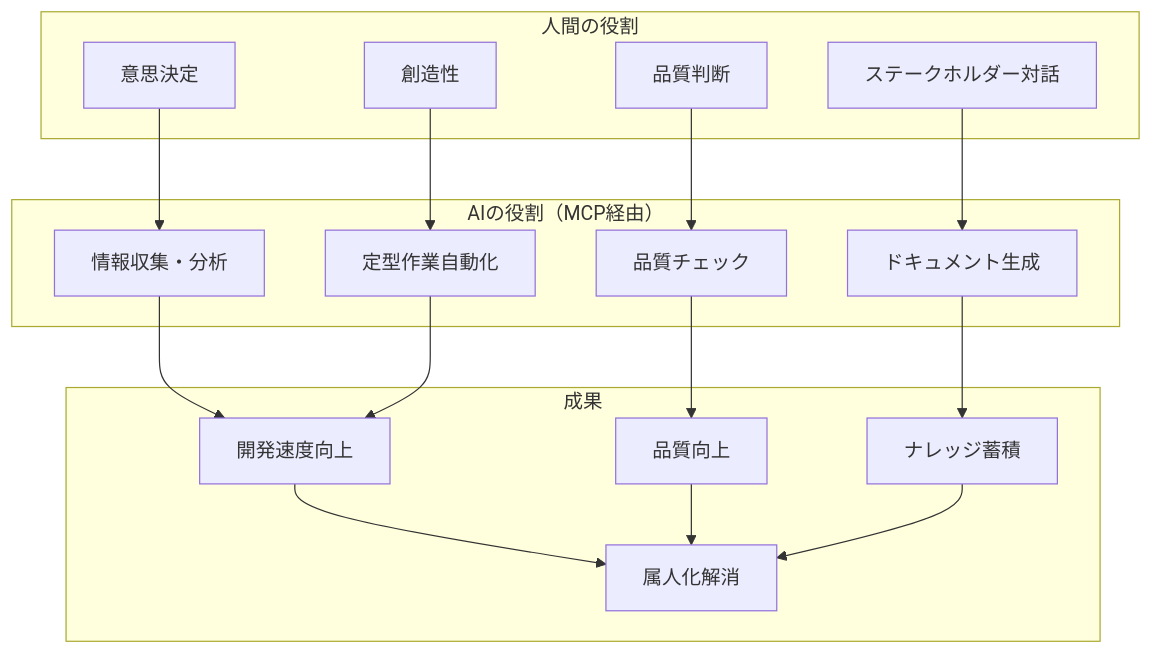
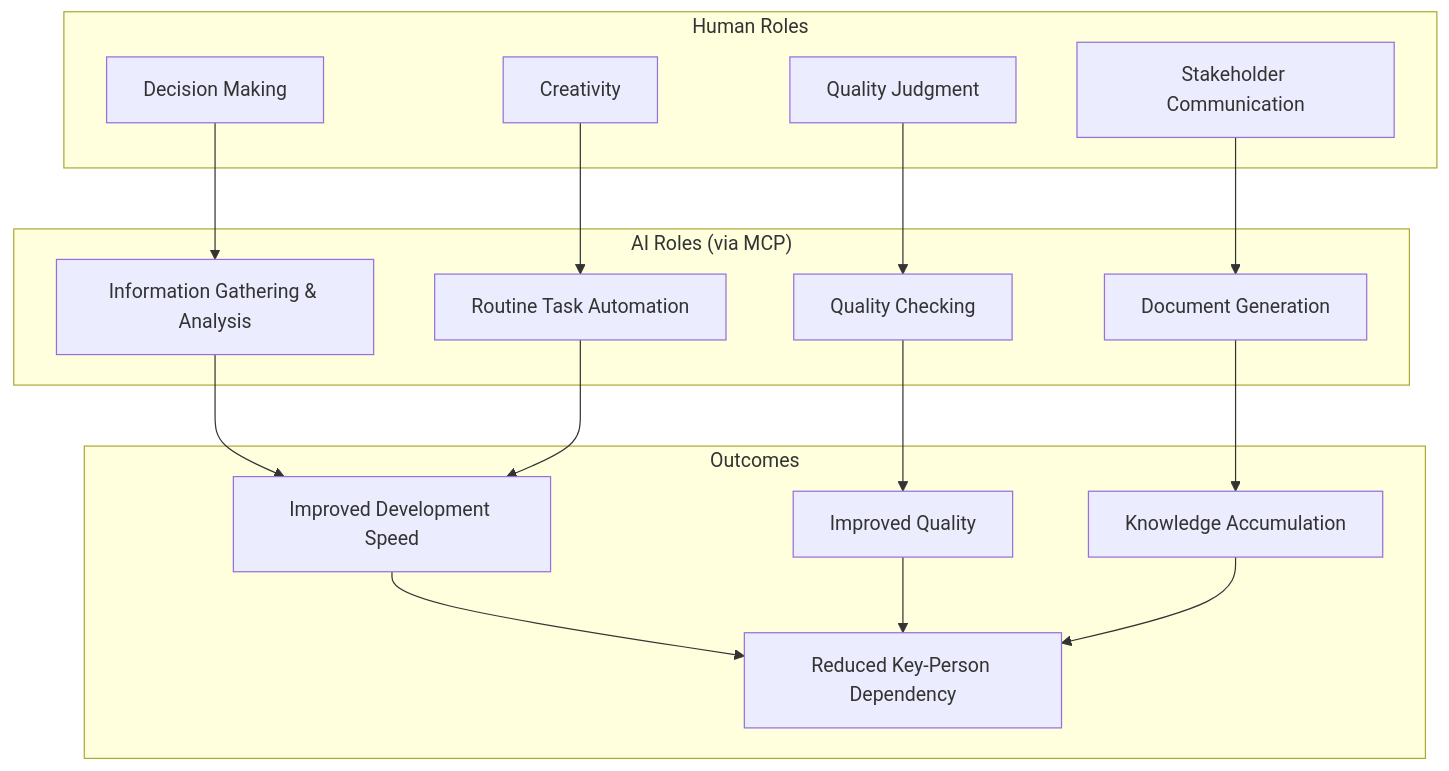
Before and after one commit to shuji-bonji/ai-agent-architecture: the second of 3 diagrams in docs/concepts/01-vision.md, drawn with Mermaid. The commit also changed other lines of this file and 42 other files, not shown here.

````diff
--- a/docs/concepts/01-vision.md
+++ b/docs/concepts/01-vision.md
@@ -149,35 +153,35 @@
 ```mermaid
 graph TB
-    subgraph 人間の役割
-        A[意思決定]
-        B[創造性]
-        C[品質判断]
-        D[ステークホルダー対話]
+    subgraph Human Roles
+        A[Decision Making]
+        B[Creativity]
+        C[Quality Judgment]
+        D[Stakeholder Communication]
     end
 
-    subgraph "AIの役割（MCP経由）"
-        E[情報収集・分析]
-        F[定型作業自動化]
-        G[品質チェック]
-        H[ドキュメント生成]
+    subgraph "AI Roles (via MCP)"
+        E[Information Gathering & Analysis]
+        F[Routine Task Automation]
+        G[Quality Checking]
+        H[Document Generation]
     end
 
-    subgraph 成果
-        I[開発速度向上]
-        J[品質向上]
-        K[ナレッジ蓄積]
-        L[属人化解消]
+    subgraph Outcomes
+        I[Improved Development Speed]
+        J[Improved Quality]
+        K[Knowledge Accumulation]
+        L[Reduced Key-Person Dependency]
     end
 
     A --> E
     B --> F
     C --> G
     D --> H
     E --> I
     F --> I
     G --> J
     H --> K
     I --> L
     J --> L
     K --> L
 ```
````
